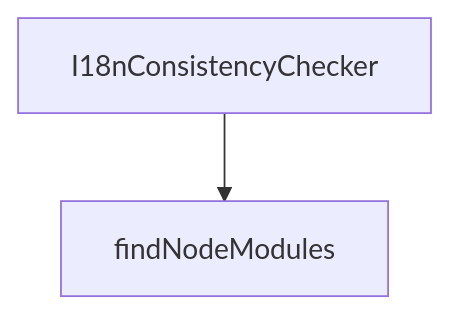
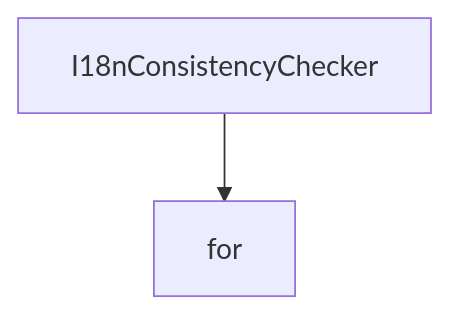
One commit to johnxie/awesome-code-docs changed the diagram in tutorials/refly-tutorial/01-getting-started.md. Above: the diagram before and after it, drawn with Mermaid. The commit also changed other lines of this file and 1232 other files, not shown here.

````diff
--- a/tutorials/refly-tutorial/01-getting-started.md
+++ b/tutorials/refly-tutorial/01-getting-started.md
@@ -141,6 +139,6 @@
 ```mermaid
 flowchart TD
     A[I18nConsistencyChecker]
-    B[findNodeModules]
+    B[for]
     A --> B
 ```
````
